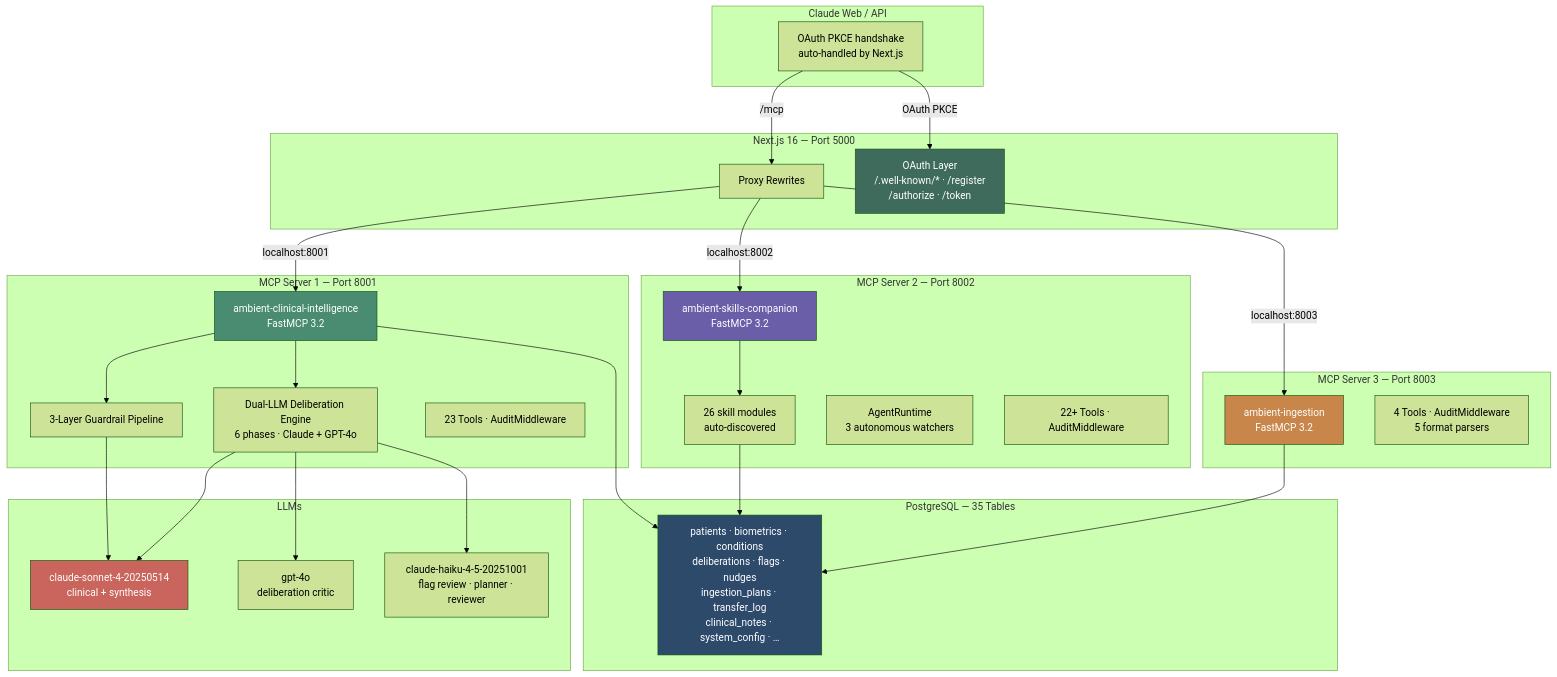
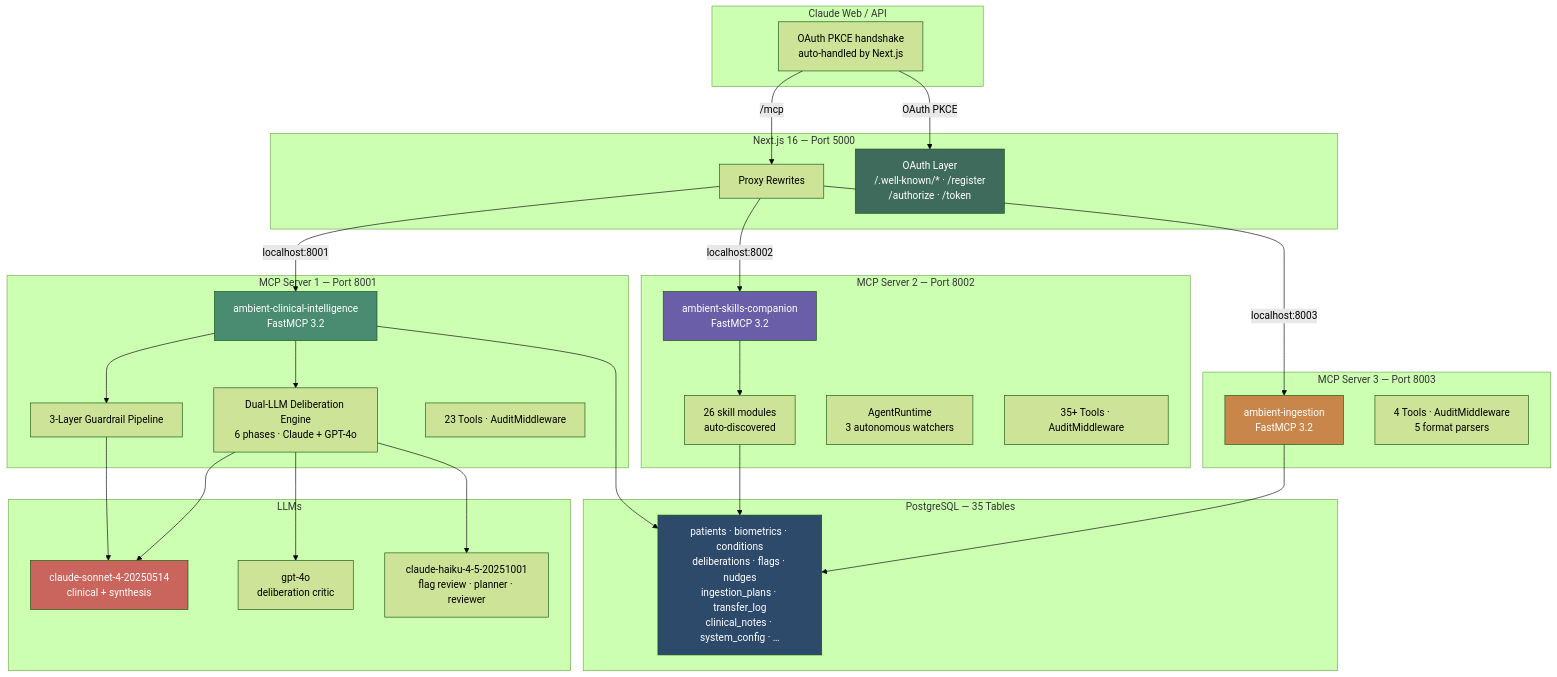
One commit to aliomraniH/ambient-patient-companion changed the third of 8 diagrams in README.md. Above: the diagram before and after it, drawn with Mermaid (forest theme). The commit also changed other lines of this file and 2 other files, not shown here.

````diff
--- a/README.md
+++ b/README.md
@@ -239,61 +239,61 @@
 ```mermaid
 graph TB
     subgraph "Claude Web / API"
         CW["OAuth PKCE handshake<br/>auto-handled by Next.js"]
     end
 
     subgraph "Next.js 16 — Port 5000"
         NX["Proxy Rewrites"]
         OA["OAuth Layer<br/>/.well-known/* · /register<br/>/authorize · /token"]
     end
 
     subgraph "MCP Server 1 — Port 8001"
         S1["ambient-clinical-intelligence<br/>FastMCP 3.2"]
         G1["3-Layer Guardrail Pipeline"]
         DE["Dual-LLM Deliberation Engine<br/>6 phases · Claude + GPT-4o"]
         T1["23 Tools · AuditMiddleware"]
     end
 
     subgraph "MCP Server 2 — Port 8002"
         S2["ambient-skills-companion<br/>FastMCP 3.2"]
         SK["26 skill modules<br/>auto-discovered"]
         AR["AgentRuntime<br/>3 autonomous watchers"]
-        T2["22+ Tools · AuditMiddleware"]
+        T2["35+ Tools · AuditMiddleware"]
     end
 
     subgraph "MCP Server 3 — Port 8003"
         S3["ambient-ingestion<br/>FastMCP 3.2"]
         T3["4 Tools · AuditMiddleware<br/>5 format parsers"]
     end
 
     subgraph "PostgreSQL — 35 Tables"
         DB["patients · biometrics · conditions<br/>deliberations · flags · nudges<br/>ingestion_plans · transfer_log<br/>clinical_notes · system_config · …"]
     end
 
     subgraph "LLMs"
         AN["claude-sonnet-4-20250514<br/>clinical + synthesis"]
         GP["gpt-4o<br/>deliberation critic"]
         HA["claude-haiku-4-5-20251001<br/>flag review · planner · reviewer"]
     end
 
     CW -->|"OAuth PKCE"| OA
     CW -->|"/mcp"| NX
     NX -->|"localhost:8001"| S1
     NX -->|"localhost:8002"| S2
     NX -->|"localhost:8003"| S3
 
     S1 --> G1 --> AN
     S1 --> DE --> AN
     DE --> GP
     DE --> HA
     S1 --> DB
     S2 --> SK --> DB
     S3 --> DB
 
     style S1 fill:#4A8C72,color:#fff
     style S2 fill:#6B5EA8,color:#fff
     style S3 fill:#C9864A,color:#fff
     style DB fill:#2d4a6b,color:#fff
     style AN fill:#c9655c,color:#fff
     style OA fill:#3E6B5C,color:#fff
 ```
````
